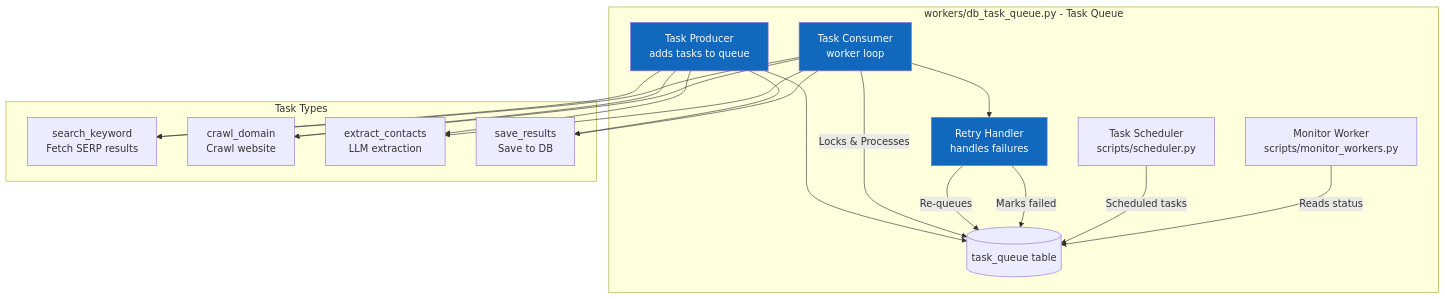
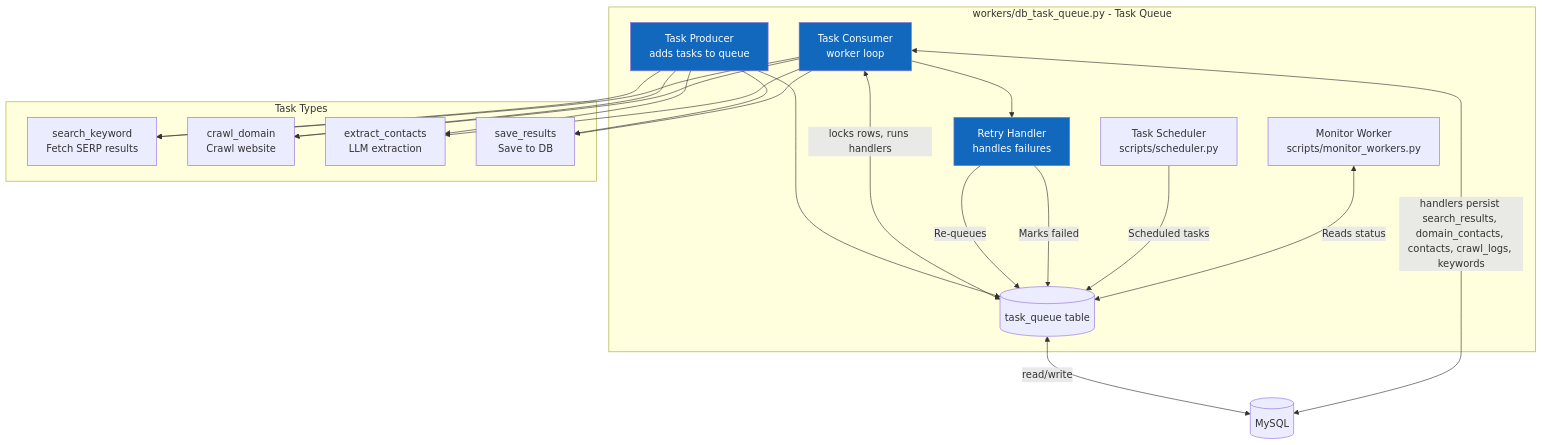
One commit to hauptmann1971/b2b-contact-miner changed the fifth of 8 diagrams in doc/C4_ARCHITECTURE.md. Above: the diagram before and after it, drawn with Mermaid. The commit also changed other lines of this file and 1 other file, not shown here.

Commit message:
docs(c4): align diagrams with codebase (MySQL, workers, crawl_logs, export)

````diff
--- a/doc/C4_ARCHITECTURE.md
+++ b/doc/C4_ARCHITECTURE.md
@@ -198,37 +205,41 @@
 ```mermaid
 graph TB
     subgraph "workers/db_task_queue.py - Task Queue"
         TaskProducer[Task Producer<br/>adds tasks to queue] --> TaskTable[(task_queue table)]
         
-        TaskConsumer[Task Consumer<br/>worker loop] -->|Locks & Processes| TaskTable
+        TaskConsumer[Task Consumer<br/>worker loop] <-->|locks rows, runs handlers| TaskTable
         TaskConsumer --> RetryHandler[Retry Handler<br/>handles failures]
         
         RetryHandler -->|Re-queues| TaskTable
         RetryHandler -->|Marks failed| TaskTable
         
         TaskScheduler[Task Scheduler<br/>scripts/scheduler.py] -->|Scheduled tasks| TaskTable
         
-        MonitorWorker[Monitor Worker<br/>scripts/monitor_workers.py] -->|Reads status| TaskTable
+        MonitorWorker[Monitor Worker<br/>scripts/monitor_workers.py] <-->|Reads status| TaskTable
     end
+    
+    MySQL_TQ[(MySQL)]
+    TaskTable <-->|read/write| MySQL_TQ
+    TaskConsumer <-->|handlers persist search_results, domain_contacts, contacts, crawl_logs, keywords| MySQL_TQ
     
     subgraph "Task Types"
         SearchTask[search_keyword<br/>Fetch SERP results]
         CrawlTask[crawl_domain<br/>Crawl website]
         ExtractTask[extract_contacts<br/>LLM extraction]
         SaveTask[save_results<br/>Save to DB]
     end
     
     TaskProducer --> SearchTask
     TaskProducer --> CrawlTask
     TaskProducer --> ExtractTask
     TaskProducer --> SaveTask
     
     TaskConsumer --> SearchTask
     TaskConsumer --> CrawlTask
     TaskConsumer --> ExtractTask
     TaskConsumer --> SaveTask
     
     style TaskConsumer fill:#1168bd,color:#fff
     style TaskProducer fill:#1168bd,color:#fff
     style RetryHandler fill:#1168bd,color:#fff
 ```
````
